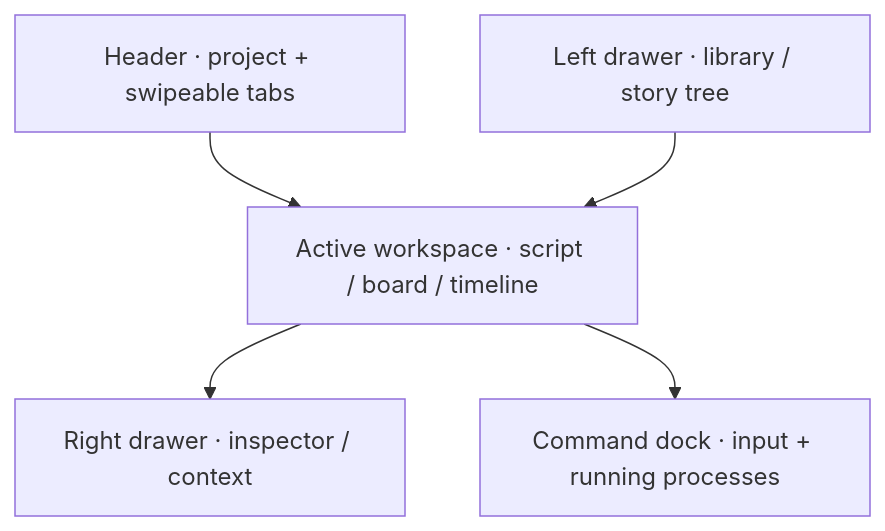
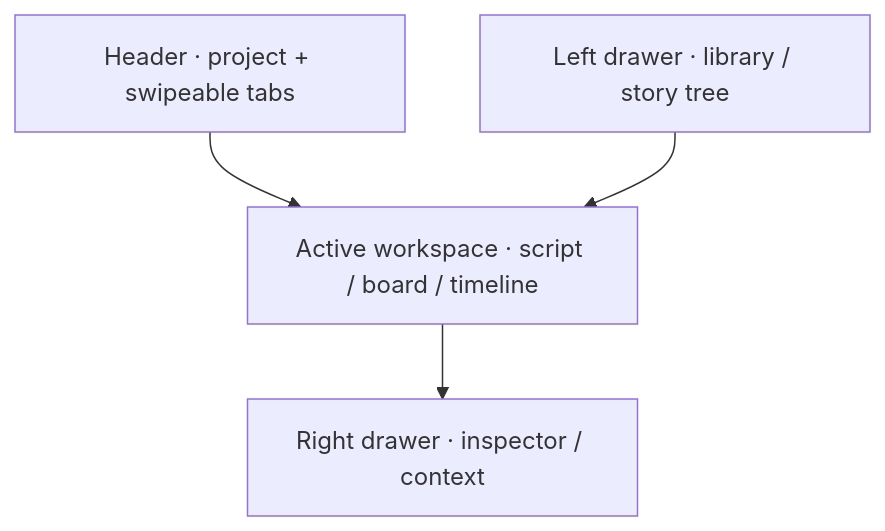
One commit to frankzickert/calliopa changed the diagram in seed/tree/docs/system/workspace/frame.md. Above: the diagram before and after it, drawn with Mermaid. The commit also changed other lines of this file and 563 other files, not shown here.

````diff
--- a/seed/tree/docs/system/workspace/frame.md
+++ b/seed/tree/docs/system/workspace/frame.md
@@ -10,13 +10,11 @@
 ```mermaid
 flowchart TB
     H["Header · project + swipeable tabs"]
     L["Left drawer · library / story tree"]
     W["Active workspace · script / board / timeline"]
     R["Right drawer · inspector / context"]
-    C["Command dock · input + running processes"]
 
     H --> W
     L --> W
     W --> R
-    W --> C
 ```
````
